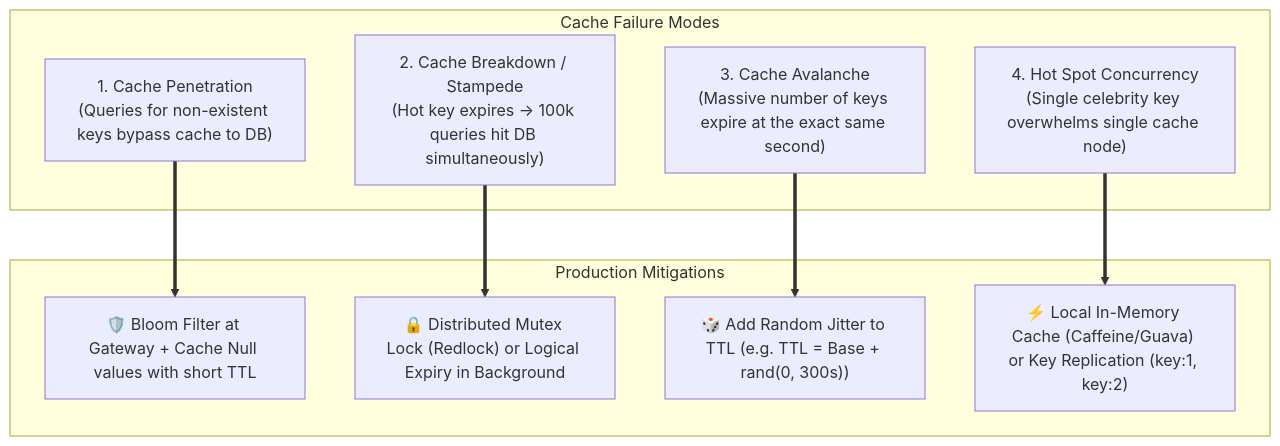
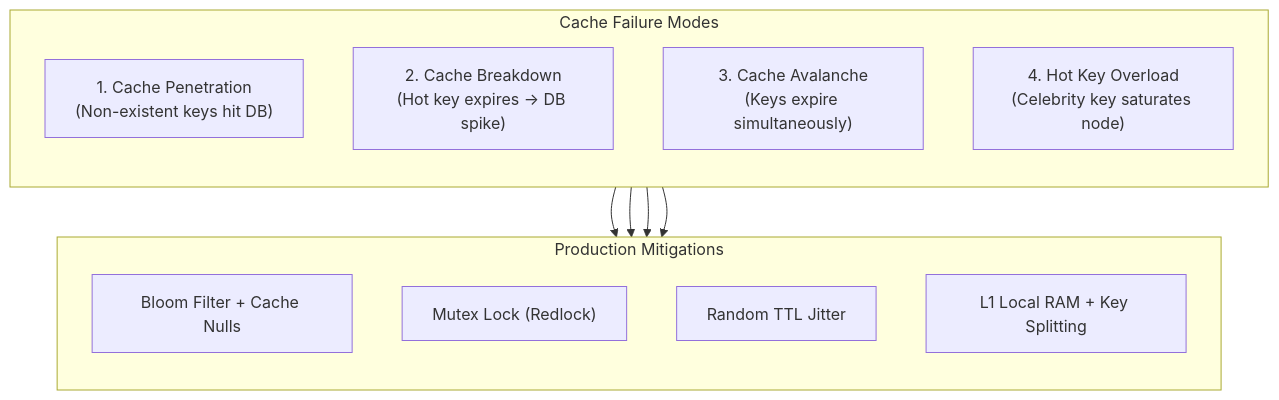
Before and after one commit to Sourav108/strivers-lld: the fourth of 5 diagrams in strivers-hld/05-Caching/README.md, drawn with Mermaid. The commit also changed other lines of this file and 39 other files, not shown here.

Commit message:
fix(mermaid): wrap node labels, simplify diamonds, and reformat wide diagrams for perfect GitHub rendering

````diff
--- a/strivers-hld/05-Caching/README.md
+++ b/strivers-hld/05-Caching/README.md
@@ -86,21 +93,23 @@
 ```mermaid
 flowchart TD
     subgraph Disasters["Cache Failure Modes"]
-        D1["1. Cache Penetration<br/>(Queries for non-existent keys bypass cache to DB)"]
-        D2["2. Cache Breakdown / Stampede<br/>(Hot key expires -> 100k queries hit DB simultaneously)"]
-        D3["3. Cache Avalanche<br/>(Massive number of keys expire at the exact same second)"]
-        D4["4. Hot Spot Concurrency<br/>(Single celebrity key overwhelms single cache node)"]
+        direction TB
+        D1["1. Cache Penetration<br/>(Non-existent keys hit DB)"]
+        D2["2. Cache Breakdown<br/>(Hot key expires -> DB spike)"]
+        D3["3. Cache Avalanche<br/>(Keys expire simultaneously)"]
+        D4["4. Hot Key Overload<br/>(Celebrity key saturates node)"]
     end
 
     subgraph Mitigations["Production Mitigations"]
-        M1["🛡️ Bloom Filter at Gateway + Cache Null values with short TTL"]
-        M2["🔒 Distributed Mutex Lock (Redlock) or Logical Expiry in Background"]
-        M3["🎲 Add Random Jitter to TTL (e.g. TTL = Base + rand(0, 300s))"]
-        M4["⚡ Local In-Memory Cache (Caffeine/Guava) or Key Replication (key:1, key:2)"]
+        direction TB
+        M1["Bloom Filter + Cache Nulls"]
+        M2["Mutex Lock (Redlock)"]
+        M3["Random TTL Jitter"]
+        M4["L1 Local RAM + Key Splitting"]
     end
 
-    D1 ==> M1
-    D2 ==> M2
-    D3 ==> M3
-    D4 ==> M4
+    D1 --> M1
+    D2 --> M2
+    D3 --> M3
+    D4 --> M4
 ```
````
